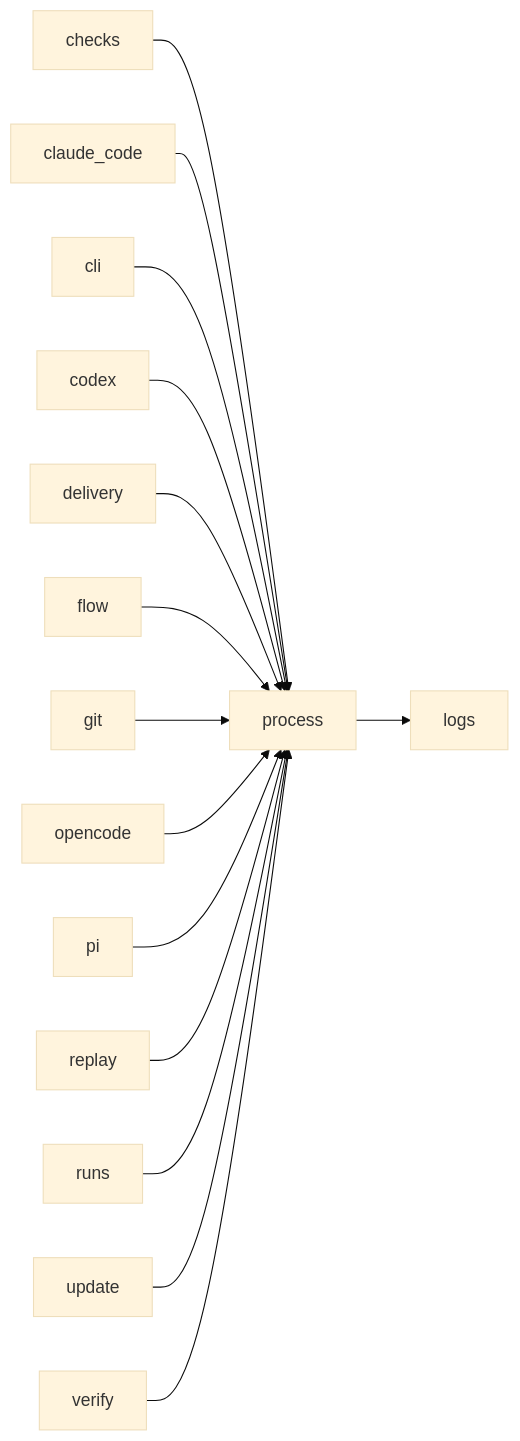
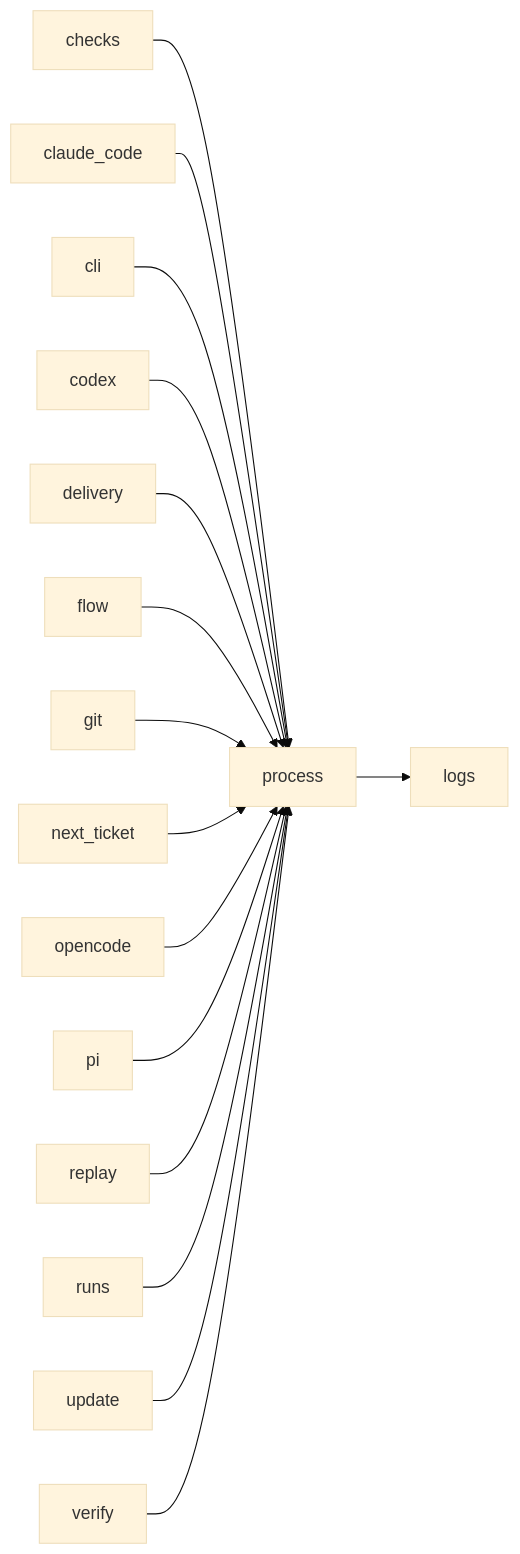
One commit to plaplanche/ariane changed the third of 3 diagrams in docs/architecture/modules/process.md. Above: the diagram before and after it, drawn with Mermaid (base theme). The commit also changed 42 other files, not shown here.

Commit message:
#223: ariane next: propose the next ticket that can start safely next to the running ones, start it on the owner's confirmation (C11, C22, C23)

````diff
--- a/docs/architecture/modules/process.md
+++ b/docs/architecture/modules/process.md
@@ -99,17 +99,18 @@
 ```mermaid
 flowchart LR
   checks --> process
   claude_code --> process
   cli --> process
   codex --> process
   delivery --> process
   flow --> process
   git --> process
+  next_ticket --> process
   opencode --> process
   pi --> process
   process --> logs
   replay --> process
   runs --> process
   update --> process
   verify --> process
 ```
````
